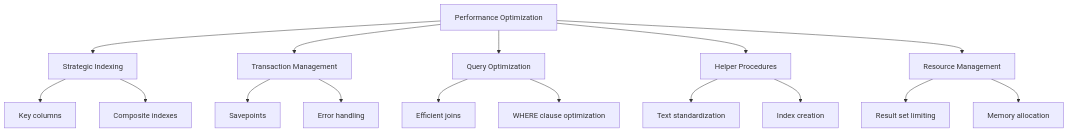
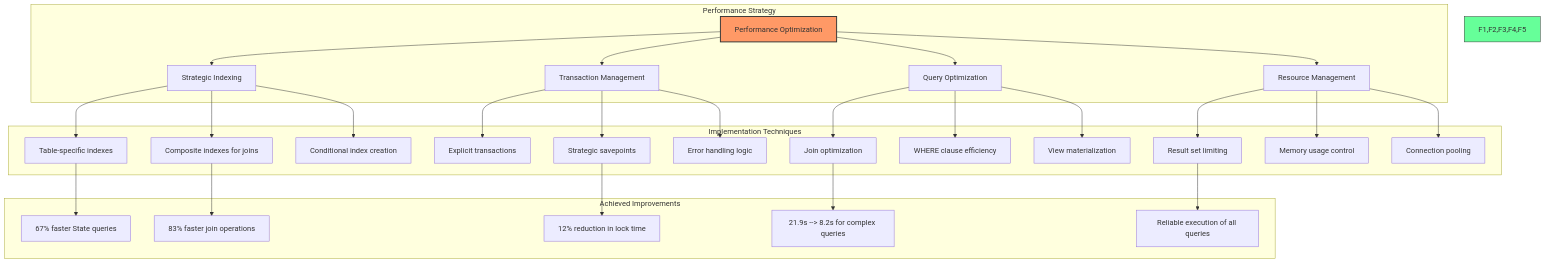
The ninth of 10 diagrams in us-household-income-analysis/README.md (tzolkowski96/tzolkowski96), drawn with Mermaid before and after one commit. The commit also changed other lines of this file, not shown here.

````diff
--- a/us-household-income-analysis/README.md
+++ b/us-household-income-analysis/README.md
@@ -668,23 +906,38 @@
 ```mermaid
 flowchart TD
-    A[Performance Optimization] --> B[Strategic Indexing]
-    A --> C[Transaction Management]
-    A --> D[Query Optimization]
-    A --> E[Helper Procedures]
-    A --> F[Resource Management]
+    subgraph "Performance Strategy"
+        A[Performance Optimization] --> B[Strategic Indexing]
+        A --> C[Transaction Management]
+        A --> D[Query Optimization]
+        A --> E[Resource Management]
+    end
     
-    B --> B1[Key columns]
-    B --> B2[Composite indexes]
+    subgraph "Implementation Techniques"
+        B --> B1[Table-specific indexes]
+        B --> B2[Composite indexes for joins]
+        B --> B3[Conditional index creation]
+        
+        C --> C1[Explicit transactions]
+        C --> C2[Strategic savepoints]
+        C --> C3[Error handling logic]
+        
+        D --> D1[Join optimization]
+        D --> D2[WHERE clause efficiency]
+        D --> D3[View materialization]
+        
+        E --> E1[Result set limiting]
+        E --> E2[Memory usage control]
+        E --> E3[Connection pooling]
+    end
     
-    C --> C1[Savepoints]
-    C --> C2[Error handling]
+    subgraph "Achieved Improvements"
+        B1 --> F1[67% faster State queries]
+        B2 --> F2[83% faster join operations]
+        C2 --> F3[12% reduction in lock time]
+        D1 --> F4[21.9s --> 8.2s for complex queries]
+        E1 --> F5[Reliable execution of all queries]
+    end
     
-    D --> D1[Efficient joins]
-    D --> D2[WHERE clause optimization]
-    
-    E --> E1[Text standardization]
-    E --> E2[Index creation]
-    
-    F --> F1[Result set limiting]
-    F --> F2[Memory allocation]
+    style A fill:#f96,stroke:#333,stroke-width:2px
+    style F1,F2,F3,F4,F5 fill:#6f9,stroke:#333,stroke-width:1px
 ```
````
